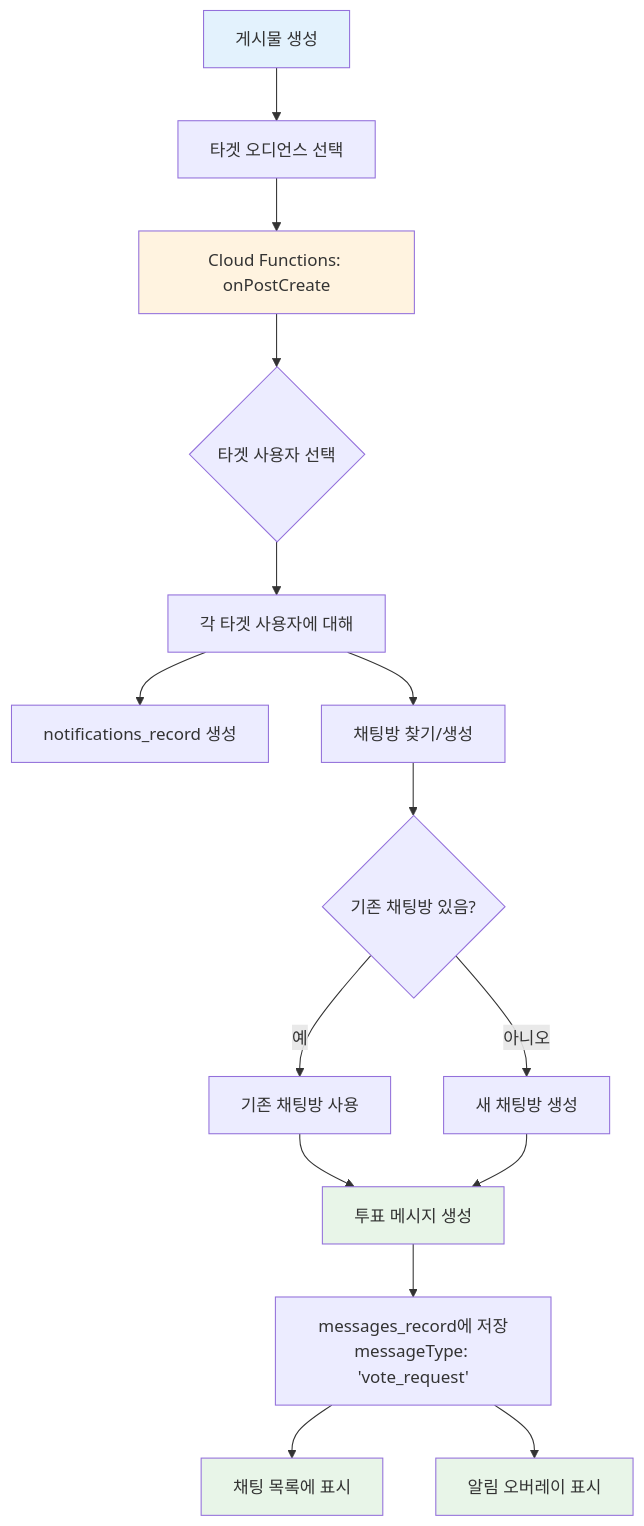
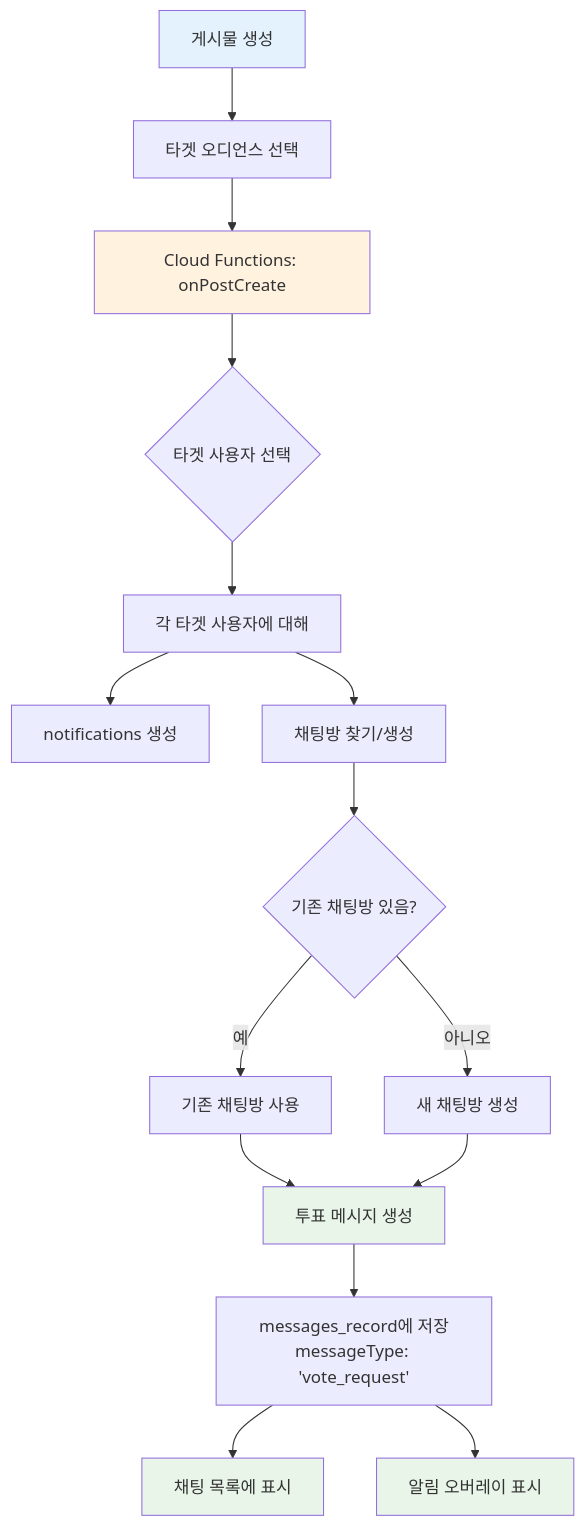
One commit to gblack84/versus-cursor changed the tenth of 13 diagrams in 백엔드다이어그램.md. Above: the diagram before and after it, drawn with Mermaid. The commit also changed other lines of this file and 15 other files, not shown here.

````diff
--- a/백엔드다이어그램.md
+++ b/백엔드다이어그램.md
@@ -602,27 +602,27 @@
 ```mermaid
 flowchart TD
     A[게시물 생성] --> B[타겟 오디언스 선택]
     B --> C[Cloud Functions: onPostCreate]
     C --> D{타겟 사용자 선택}
     
     D --> E[각 타겟 사용자에 대해]
-    E --> F[notifications_record 생성]
+    E --> F[notifications 생성]
     E --> G[채팅방 찾기/생성]
     
     G --> H{기존 채팅방 있음?}
     H -->|예| I[기존 채팅방 사용]
     H -->|아니오| J[새 채팅방 생성]
     
     I --> K[투표 메시지 생성]
     J --> K
     
     K --> L[messages_record에 저장<br/>messageType: 'vote_request']
     L --> M[채팅 목록에 표시]
     L --> N[알림 오버레이 표시]
     
     style A fill:#e3f2fd
     style C fill:#fff3e0
     style K fill:#e8f5e8
     style M fill:#e8f5e8
     style N fill:#e8f5e8
 ```
````
